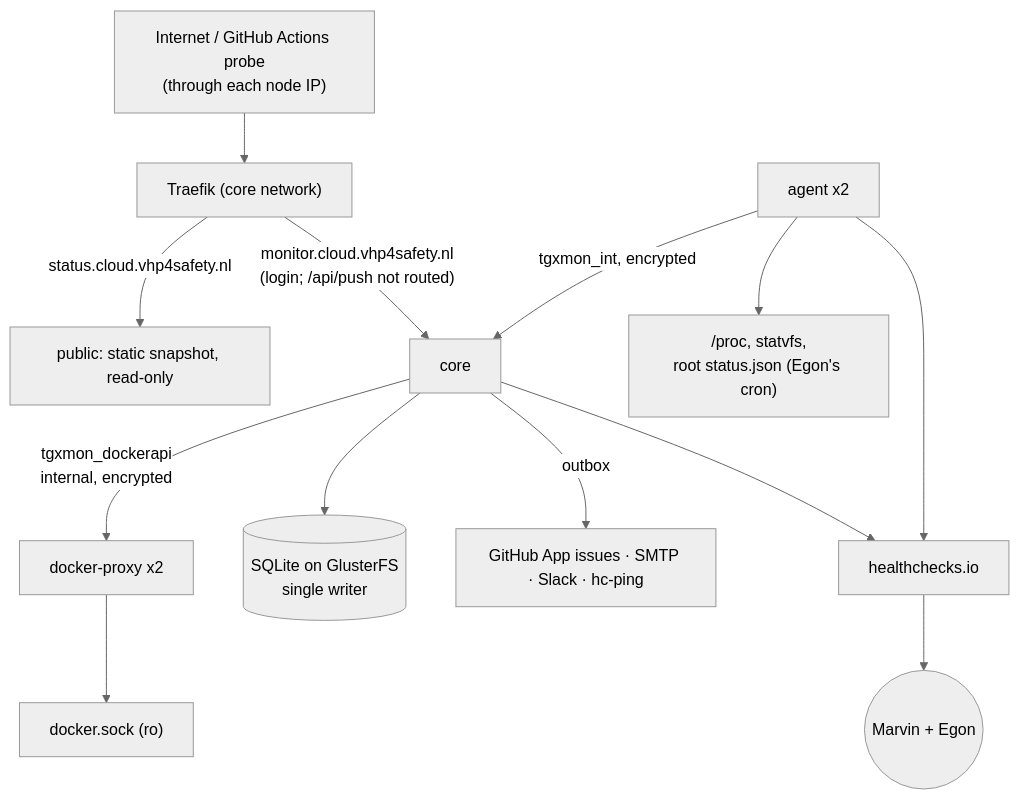
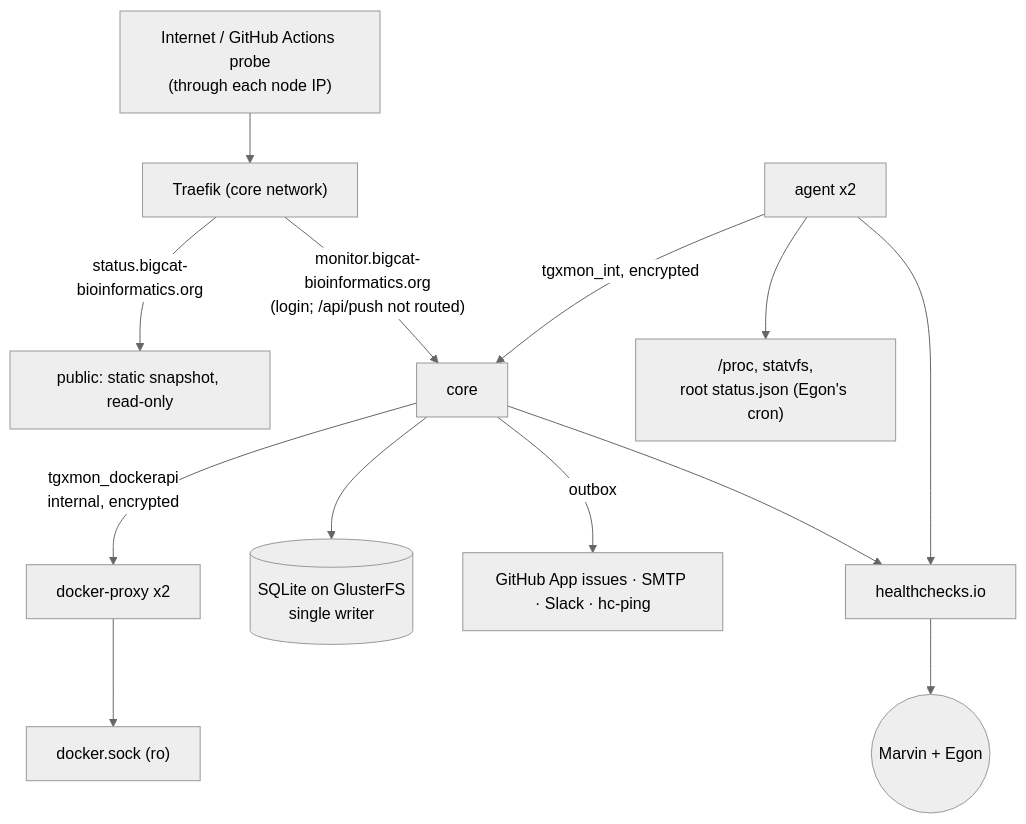
The diagram in docs/DESIGN.md (TGX-UM/tgx-monitor), drawn with Mermaid (neutral theme) before and after one commit. The commit also changed other lines of this file and 7 other files, not shown here.

First line of the commit message:
Move the monitor to status.bigcat-bioinformatics.org and monitor.bigcat-bioinformatics.org, routing on

````diff
--- a/docs/DESIGN.md
+++ b/docs/DESIGN.md
@@ -48,12 +48,12 @@
 ```mermaid
 flowchart TB
   internet["Internet / GitHub Actions probe<br/>(through each node IP)"] --> traefik["Traefik (core network)"]
-  traefik -- "status.cloud.vhp4safety.nl" --> public["public: static snapshot, read-only"]
-  traefik -- "monitor.cloud.vhp4safety.nl<br/>(login; /api/push not routed)" --> core
+  traefik -- "status.bigcat-bioinformatics.org" --> public["public: static snapshot, read-only"]
+  traefik -- "monitor.bigcat-bioinformatics.org<br/>(login; /api/push not routed)" --> core
   core -- "tgxmon_dockerapi<br/>internal, encrypted" --> proxy["docker-proxy x2"] --> sock["docker.sock (ro)"]
   agent["agent x2"] -- "tgxmon_int, encrypted" --> core
   agent --> hostsig["/proc, statvfs,<br/>root status.json (Egon's cron)"]
   core --> db[("SQLite on GlusterFS<br/>single writer")]
   core -- outbox --> chans["GitHub App issues · SMTP · Slack · hc-ping"]
   core & agent --> hc["healthchecks.io"] --> mail(("Marvin + Egon"))
 ```
````
